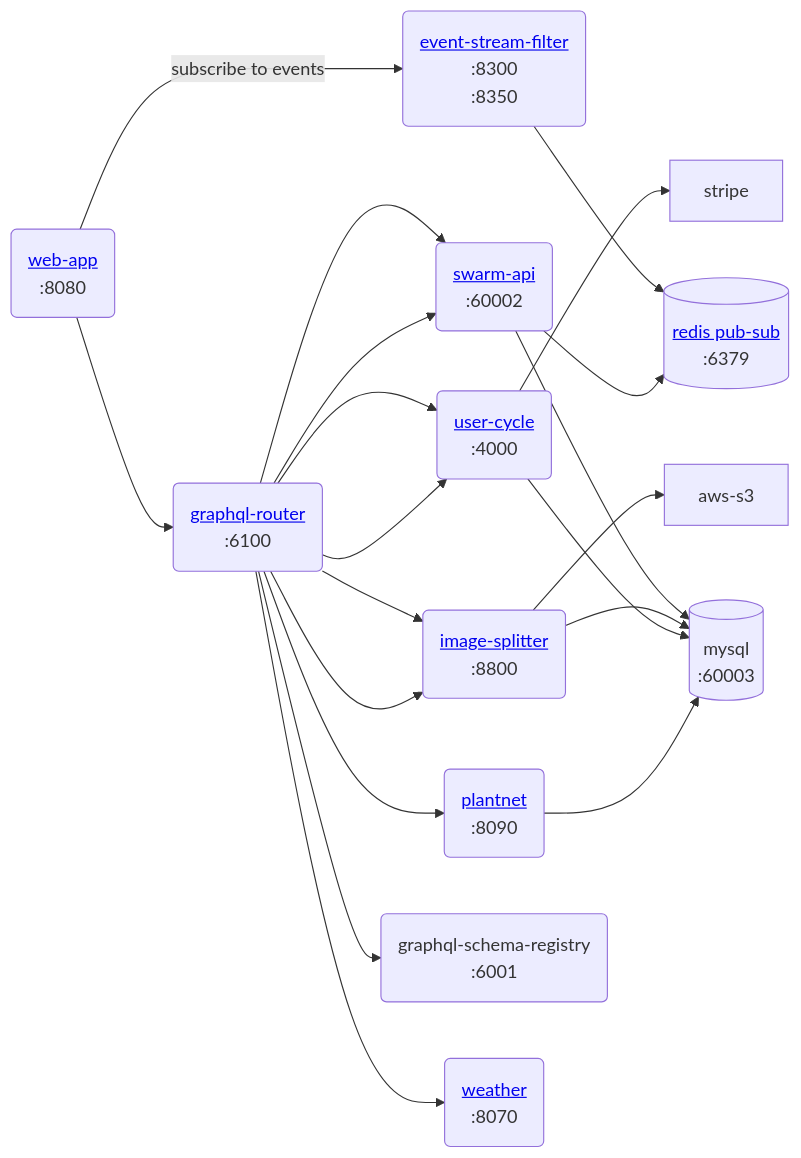
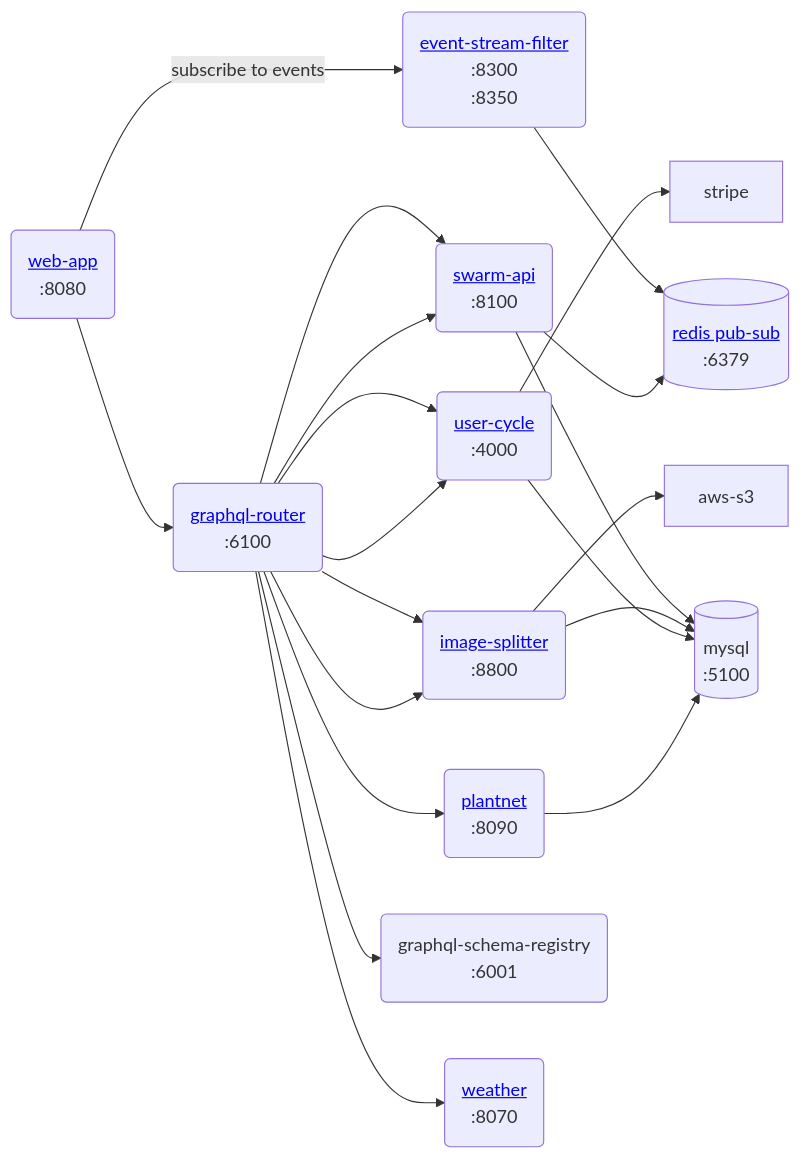
One commit to Gratheon/graphql-router changed the diagram in README.md. Above: the diagram before and after it, drawn with Mermaid. The commit also changed 2 other files, not shown here.

Commit message:
update CORS

````diff
--- a/README.md
+++ b/README.md
@@ -24,16 +24,16 @@
 ```mermaid
 flowchart LR
     web-app("<a href='https://github.com/Gratheon/web-app'>web-app</a>\n:8080") --> graphql-router
     web-app --"subscribe to events"--> event-stream-filter("<a href='https://github.com/Gratheon/event-stream-filter'>event-stream-filter</a>\n:8300\n:8350") --> redis
 
-    graphql-router("<a href='https://github.com/Gratheon/graphql-router'>graphql-router</a>\n :6100") --> swarm-api("<a href='https://github.com/Gratheon/swarm-api'>swarm-api</a>\n:60002") --> mysql[(mysql\n:60003)]
+    graphql-router("<a href='https://github.com/Gratheon/graphql-router'>graphql-router</a>\n :6100") --> swarm-api("<a href='https://github.com/Gratheon/swarm-api'>swarm-api</a>\n:8100") --> mysql[(mysql\n:5100)]
     graphql-router --> swarm-api --> redis[("<a href='https://github.com/Gratheon/redis'>redis pub-sub</a>\n:6379")]
 
     graphql-router --> image-splitter("<a href='https://github.com/Gratheon/image-splitter'>image-splitter</a>\n:8800") --> mysql
     graphql-router --> image-splitter --> aws-s3
     graphql-router --> user-cycle("<a href='https://github.com/Gratheon/user-cycle'>user-cycle</a>\n:4000") --> mysql
     graphql-router --> user-cycle --> stripe
     graphql-router --> plantnet("<a href='https://github.com/Gratheon/plantnet'>plantnet</a>\n:8090") --> mysql
     graphql-router --> graphql-schema-registry("graphql-schema-registry\n:6001")
     graphql-router --> weather("<a href='https://github.com/Gratheon/weather'>weather</a>\n:8070")
 ```
````
